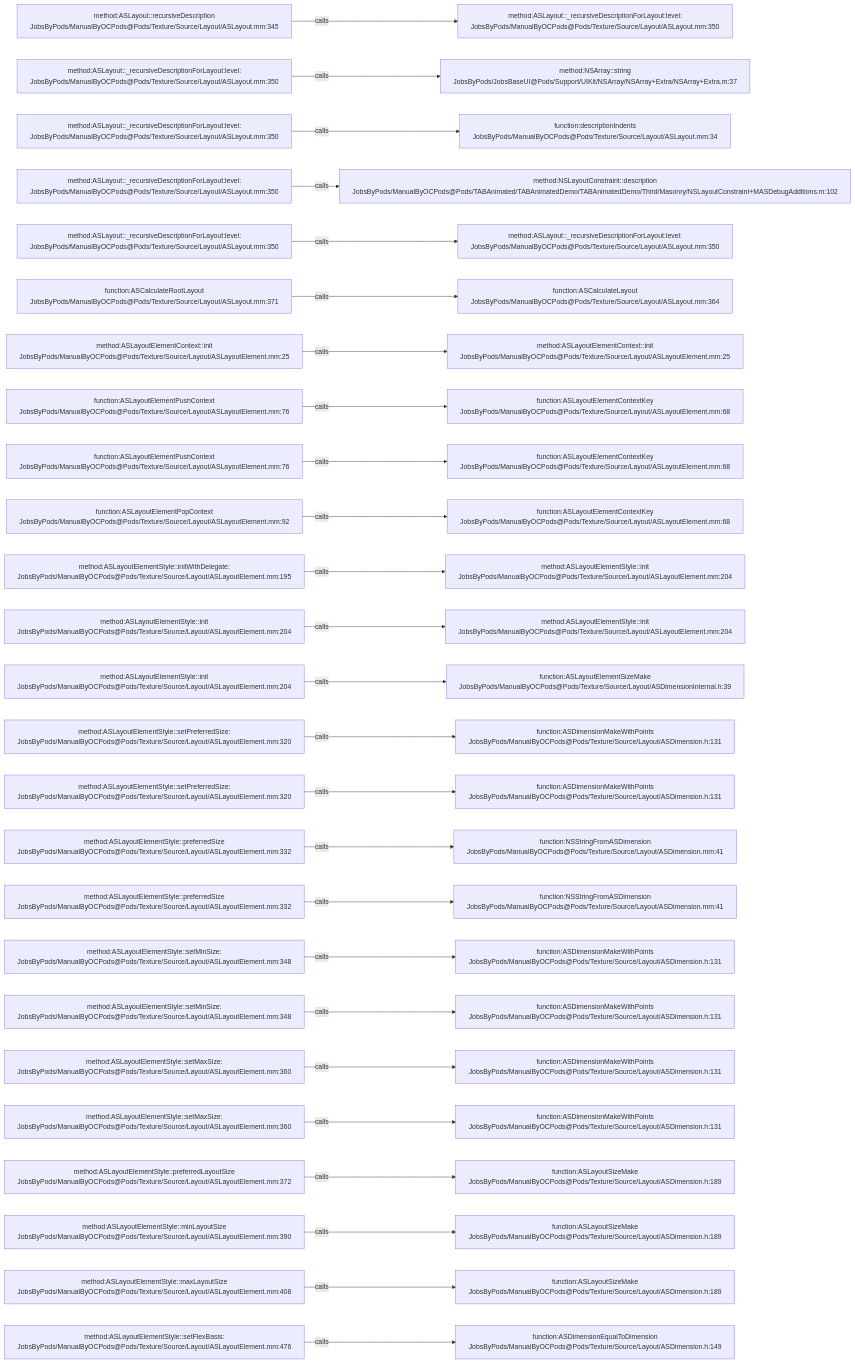
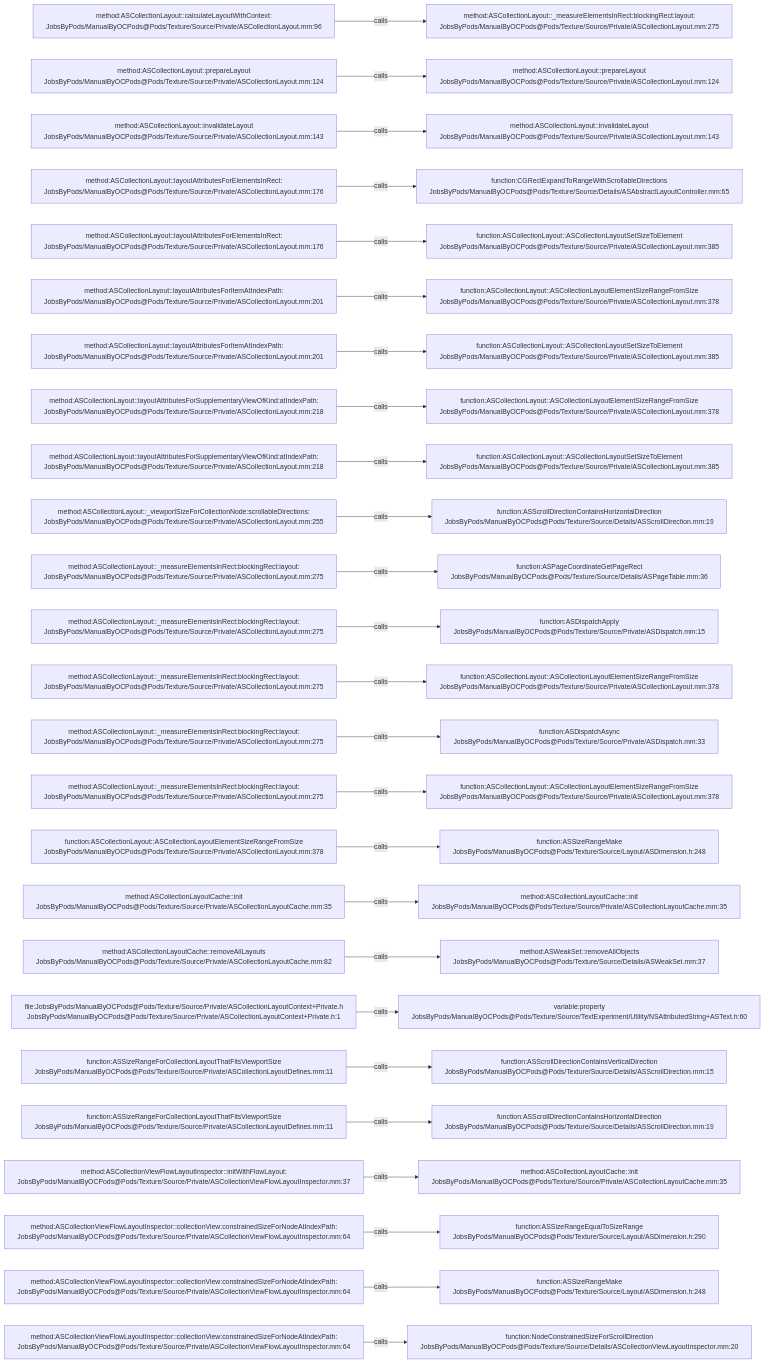
Before and after one commit to JobsKits/JobsOCBaseConfigDemo: the diagram in .codegraph/codegraph.md/graphs/calls-187.md, drawn with Mermaid. The commit also changed 1223 other files, not shown here.

````diff
--- a/.codegraph/codegraph.md/graphs/calls-187.md
+++ b/.codegraph/codegraph.md/graphs/calls-187.md
@@ -13,78 +13,78 @@
 ```mermaid
 flowchart LR
-  S1["method:ASLayout::recursiveDescription<br/>JobsByPods/ManualByOCPods@Pods/Texture/Source/Layout/ASLayout.mm:345"]
-  T1["method:ASLayout::_recursiveDescriptionForLayout:level:<br/>JobsByPods/ManualByOCPods@Pods/Texture/Source/Layout/ASLayout.mm:350"]
+  S1["method:ASCollectionLayout::calculateLayoutWithContext:<br/>JobsByPods/ManualByOCPods@Pods/Texture/Source/Private/ASCollectionLayout.mm:96"]
+  T1["method:ASCollectionLayout::_measureElementsInRect:blockingRect:layout:<br/>JobsByPods/ManualByOCPods@Pods/Texture/Source/Private/ASCollectionLayout.mm:275"]
   S1 -->|calls| T1
-  S2["method:ASLayout::_recursiveDescriptionForLayout:level:<br/>JobsByPods/ManualByOCPods@Pods/Texture/Source/Layout/ASLayout.mm:350"]
-  T2["method:NSArray::string<br/>JobsByPods/JobsBaseUI@Pods/Support/UIKit/NSArray/NSArray+Extra/NSArray+Extra.m:37"]
+  S2["method:ASCollectionLayout::prepareLayout<br/>JobsByPods/ManualByOCPods@Pods/Texture/Source/Private/ASCollectionLayout.mm:124"]
+  T2["method:ASCollectionLayout::prepareLayout<br/>JobsByPods/ManualByOCPods@Pods/Texture/Source/Private/ASCollectionLayout.mm:124"]
   S2 -->|calls| T2
-  S3["method:ASLayout::_recursiveDescriptionForLayout:level:<br/>JobsByPods/ManualByOCPods@Pods/Texture/Source/Layout/ASLayout.mm:350"]
-  T3["function:descriptionIndents<br/>JobsByPods/ManualByOCPods@Pods/Texture/Source/Layout/ASLayout.mm:34"]
+  S3["method:ASCollectionLayout::invalidateLayout<br/>JobsByPods/ManualByOCPods@Pods/Texture/Source/Private/ASCollectionLayout.mm:143"]
+  T3["method:ASCollectionLayout::invalidateLayout<br/>JobsByPods/ManualByOCPods@Pods/Texture/Source/Private/ASCollectionLayout.mm:143"]
   S3 -->|calls| T3
-  S4["method:ASLayout::_recursiveDescriptionForLayout:level:<br/>JobsByPods/ManualByOCPods@Pods/Texture/Source/Layout/ASLayout.mm:350"]
-  T4["method:NSLayoutConstraint::description<br/>JobsByPods/ManualByOCPods@Pods/TABAnimated/TABAnimatedDemo/TABAnimatedDemo/Third/Masonry/NSLayoutConstraint+MASDebugAdditions.m:102"]
+  S4["method:ASCollectionLayout::layoutAttributesForElementsInRect:<br/>JobsByPods/ManualByOCPods@Pods/Texture/Source/Private/ASCollectionLayout.mm:176"]
+  T4["function:CGRectExpandToRangeWithScrollableDirections<br/>JobsByPods/ManualByOCPods@Pods/Texture/Source/Details/ASAbstractLayoutController.mm:65"]
   S4 -->|calls| T4
-  S5["method:ASLayout::_recursiveDescriptionForLayout:level:<br/>JobsByPods/ManualByOCPods@Pods/Texture/Source/Layout/ASLayout.mm:350"]
-  T5["method:ASLayout::_recursiveDescriptionForLayout:level:<br/>JobsByPods/ManualByOCPods@Pods/Texture/Source/Layout/ASLayout.mm:350"]
+  S5["method:ASCollectionLayout::layoutAttributesForElementsInRect:<br/>JobsByPods/ManualByOCPods@Pods/Texture/Source/Private/ASCollectionLayout.mm:176"]
+  T5["function:ASCollectionLayout::ASCollectionLayoutSetSizeToElement<br/>JobsByPods/ManualByOCPods@Pods/Texture/Source/Private/ASCollectionLayout.mm:385"]
   S5 -->|calls| T5
-  S6["function:ASCalculateRootLayout<br/>JobsByPods/ManualByOCPods@Pods/Texture/Source/Layout/ASLayout.mm:371"]
-  T6["function:ASCalculateLayout<br/>JobsByPods/ManualByOCPods@Pods/Texture/Source/Layout/ASLayout.mm:364"]
+  S6["method:ASCollectionLayout::layoutAttributesForItemAtIndexPath:<br/>JobsByPods/ManualByOCPods@Pods/Texture/Source/Private/ASCollectionLayout.mm:201"]
+  T6["function:ASCollectionLayout::ASCollectionLayoutElementSizeRangeFromSize<br/>JobsByPods/ManualByOCPods@Pods/Texture/Source/Private/ASCollectionLayout.mm:378"]
   S6 -->|calls| T6
-  S7["method:ASLayoutElementContext::init<br/>JobsByPods/ManualByOCPods@Pods/Texture/Source/Layout/ASLayoutElement.mm:25"]
-  T7["method:ASLayoutElementContext::init<br/>JobsByPods/ManualByOCPods@Pods/Texture/Source/Layout/ASLayoutElement.mm:25"]
+  S7["method:ASCollectionLayout::layoutAttributesForItemAtIndexPath:<br/>JobsByPods/ManualByOCPods@Pods/Texture/Source/Private/ASCollectionLayout.mm:201"]
+  T7["function:ASCollectionLayout::ASCollectionLayoutSetSizeToElement<br/>JobsByPods/ManualByOCPods@Pods/Texture/Source/Private/ASCollectionLayout.mm:385"]
   S7 -->|calls| T7
-  S8["function:ASLayoutElementPushContext<br/>JobsByPods/ManualByOCPods@Pods/Texture/Source/Layout/ASLayoutElement.mm:76"]
-  T8["function:ASLayoutElementContextKey<br/>JobsByPods/ManualByOCPods@Pods/Texture/Source/Layout/ASLayoutElement.mm:68"]
+  S8["method:ASCollectionLayout::layoutAttributesForSupplementaryViewOfKind:atIndexPath:<br/>JobsByPods/ManualByOCPods@Pods/Texture/Source/Private/ASCollectionLayout.mm:218"]
+  T8["function:ASCollectionLayout::ASCollectionLayoutElementSizeRangeFromSize<br/>JobsByPods/ManualByOCPods@Pods/Texture/Source/Private/ASCollectionLayout.mm:378"]
   S8 -->|calls| T8
-  S9["function:ASLayoutElementPushContext<br/>JobsByPods/ManualByOCPods@Pods/Texture/Source/Layout/ASLayoutElement.mm:76"]
-  T9["function:ASLayoutElementContextKey<br/>JobsByPods/ManualByOCPods@Pods/Texture/Source/Layout/ASLayoutElement.mm:68"]
+  S9["method:ASCollectionLayout::layoutAttributesForSupplementaryViewOfKind:atIndexPath:<br/>JobsByPods/ManualByOCPods@Pods/Texture/Source/Private/ASCollectionLayout.mm:218"]
+  T9["function:ASCollectionLayout::ASCollectionLayoutSetSizeToElement<br/>JobsByPods/ManualByOCPods@Pods/Texture/Source/Private/ASCollectionLayout.mm:385"]
   S9 -->|calls| T9
-  S10["function:ASLayoutElementPopContext<br/>JobsByPods/ManualByOCPods@Pods/Texture/Source/Layout/ASLayoutElement.mm:92"]
-  T10["function:ASLayoutElementContextKey<br/>JobsByPods/ManualByOCPods@Pods/Texture/Source/Layout/ASLayoutElement.mm:68"]
+  S10["method:ASCollectionLayout::_viewportSizeForCollectionNode:scrollableDirections:<br/>JobsByPods/ManualByOCPods@Pods/Texture/Source/Private/ASCollectionLayout.mm:255"]
+  T10["function:ASScrollDirectionContainsHorizontalDirection<br/>JobsByPods/ManualByOCPods@Pods/Texture/Source/Details/ASScrollDirection.mm:19"]
   S10 -->|calls| T10
-  S11["method:ASLayoutElementStyle::initWithDelegate:<br/>JobsByPods/ManualByOCPods@Pods/Texture/Source/Layout/ASLayoutElement.mm:195"]
-  T11["method:ASLayoutElementStyle::init<br/>JobsByPods/ManualByOCPods@Pods/Texture/Source/Layout/ASLayoutElement.mm:204"]
+  S11["method:ASCollectionLayout::_measureElementsInRect:blockingRect:layout:<br/>JobsByPods/ManualByOCPods@Pods/Texture/Source/Private/ASCollectionLayout.mm:275"]
+  T11["function:ASPageCoordinateGetPageRect<br/>JobsByPods/ManualByOCPods@Pods/Texture/Source/Details/ASPageTable.mm:36"]
   S11 -->|calls| T11
-  S12["method:ASLayoutElementStyle::init<br/>JobsByPods/ManualByOCPods@Pods/Texture/Source/Layout/ASLayoutElement.mm:204"]
-  T12["method:ASLayoutElementStyle::init<br/>JobsByPods/ManualByOCPods@Pods/Texture/Source/Layout/ASLayoutElement.mm:204"]
+  S12["method:ASCollectionLayout::_measureElementsInRect:blockingRect:layout:<br/>JobsByPods/ManualByOCPods@Pods/Texture/Source/Private/ASCollectionLayout.mm:275"]
+  T12["function:ASDispatchApply<br/>JobsByPods/ManualByOCPods@Pods/Texture/Source/Private/ASDispatch.mm:15"]
   S12 -->|calls| T12
-  S13["method:ASLayoutElementStyle::init<br/>JobsByPods/ManualByOCPods@Pods/Texture/Source/Layout/ASLayoutElement.mm:204"]
-  T13["function:ASLayoutElementSizeMake<br/>JobsByPods/ManualByOCPods@Pods/Texture/Source/Layout/ASDimensionInternal.h:39"]
+  S13["method:ASCollectionLayout::_measureElementsInRect:blockingRect:layout:<br/>JobsByPods/ManualByOCPods@Pods/Texture/Source/Private/ASCollectionLayout.mm:275"]
+  T13["function:ASCollectionLayout::ASCollectionLayoutElementSizeRangeFromSize<br/>JobsByPods/ManualByOCPods@Pods/Texture/Source/Private/ASCollectionLayout.mm:378"]
   S13 -->|calls| T13
-  S14["method:ASLayoutElementStyle::setPreferredSize:<br/>JobsByPods/ManualByOCPods@Pods/Texture/Source/Layout/ASLayoutElement.mm:320"]
-  T14["function:ASDimensionMakeWithPoints<br/>JobsByPods/ManualByOCPods@Pods/Texture/Source/Layout/ASDimension.h:131"]
+  S14["method:ASCollectionLayout::_measureElementsInRect:blockingRect:layout:<br/>JobsByPods/ManualByOCPods@Pods/Texture/Source/Private/ASCollectionLayout.mm:275"]
+  T14["function:ASDispatchAsync<br/>JobsByPods/ManualByOCPods@Pods/Texture/Source/Private/ASDispatch.mm:33"]
   S14 -->|calls| T14
-  S15["method:ASLayoutElementStyle::setPreferredSize:<br/>JobsByPods/ManualByOCPods@Pods/Texture/Source/Layout/ASLayoutElement.mm:320"]
-  T15["function:ASDimensionMakeWithPoints<br/>JobsByPods/ManualByOCPods@Pods/Texture/Source/Layout/ASDimension.h:131"]
+  S15["method:ASCollectionLayout::_measureElementsInRect:blockingRect:layout:<br/>JobsByPods/ManualByOCPods@Pods/Texture/Source/Private/ASCollectionLayout.mm:275"]
+  T15["function:ASCollectionLayout::ASCollectionLayoutElementSizeRangeFromSize<br/>JobsByPods/ManualByOCPods@Pods/Texture/Source/Private/ASCollectionLayout.mm:378"]
   S15 -->|calls| T15
-  S16["method:ASLayoutElementStyle::preferredSize<br/>JobsByPods/ManualByOCPods@Pods/Texture/Source/Layout/ASLayoutElement.mm:332"]
-  T16["function:NSStringFromASDimension<br/>JobsByPods/ManualByOCPods@Pods/Texture/Source/Layout/ASDimension.mm:41"]
+  S16["function:ASCollectionLayout::ASCollectionLayoutElementSizeRangeFromSize<br/>JobsByPods/ManualByOCPods@Pods/Texture/Source/Private/ASCollectionLayout.mm:378"]
+  T16["function:ASSizeRangeMake<br/>JobsByPods/ManualByOCPods@Pods/Texture/Source/Layout/ASDimension.h:248"]
   S16 -->|calls| T16
-  S17["method:ASLayoutElementStyle::preferredSize<br/>JobsByPods/ManualByOCPods@Pods/Texture/Source/Layout/ASLayoutElement.mm:332"]
-  T17["function:NSStringFromASDimension<br/>JobsByPods/ManualByOCPods@Pods/Texture/Source/Layout/ASDimension.mm:41"]
+  S17["method:ASCollectionLayoutCache::init<br/>JobsByPods/ManualByOCPods@Pods/Texture/Source/Private/ASCollectionLayoutCache.mm:35"]
+  T17["method:ASCollectionLayoutCache::init<br/>JobsByPods/ManualByOCPods@Pods/Texture/Source/Private/ASCollectionLayoutCache.mm:35"]
   S17 -->|calls| T17
-  S18["method:ASLayoutElementStyle::setMinSize:<br/>JobsByPods/ManualByOCPods@Pods/Texture/Source/Layout/ASLayoutElement.mm:348"]
-  T18["function:ASDimensionMakeWithPoints<br/>JobsByPods/ManualByOCPods@Pods/Texture/Source/Layout/ASDimension.h:131"]
+  S18["method:ASCollectionLayoutCache::removeAllLayouts<br/>JobsByPods/ManualByOCPods@Pods/Texture/Source/Private/ASCollectionLayoutCache.mm:82"]
+  T18["method:ASWeakSet::removeAllObjects<br/>JobsByPods/ManualByOCPods@Pods/Texture/Source/Details/ASWeakSet.mm:37"]
   S18 -->|calls| T18
-  S19["method:ASLayoutElementStyle::setMinSize:<br/>JobsByPods/ManualByOCPods@Pods/Texture/Source/Layout/ASLayoutElement.mm:348"]
-  T19["function:ASDimensionMakeWithPoints<br/>JobsByPods/ManualByOCPods@Pods/Texture/Source/Layout/ASDimension.h:131"]
+  S19["file:JobsByPods/ManualByOCPods@Pods/Texture/Source/Private/ASCollectionLayoutContext+Private.h<br/>JobsByPods/ManualByOCPods@Pods/Texture/Source/Private/ASCollectionLayoutContext+Private.h:1"]
+  T19["variable:property<br/>JobsByPods/ManualByOCPods@Pods/Texture/Source/TextExperiment/Utility/NSAttributedString+ASText.h:60"]
   S19 -->|calls| T19
-  S20["method:ASLayoutElementStyle::setMaxSize:<br/>JobsByPods/ManualByOCPods@Pods/Texture/Source/Layout/ASLayoutElement.mm:360"]
-  T20["function:ASDimensionMakeWithPoints<br/>JobsByPods/ManualByOCPods@Pods/Texture/Source/Layout/ASDimension.h:131"]
+  S20["function:ASSizeRangeForCollectionLayoutThatFitsViewportSize<br/>JobsByPods/ManualByOCPods@Pods/Texture/Source/Private/ASCollectionLayoutDefines.mm:11"]
+  T20["function:ASScrollDirectionContainsVerticalDirection<br/>JobsByPods/ManualByOCPods@Pods/Texture/Source/Details/ASScrollDirection.mm:15"]
   S20 -->|calls| T20
-  S21["method:ASLayoutElementStyle::setMaxSize:<br/>JobsByPods/ManualByOCPods@Pods/Texture/Source/Layout/ASLayoutElement.mm:360"]
-  T21["function:ASDimensionMakeWithPoints<br/>JobsByPods/ManualByOCPods@Pods/Texture/Source/Layout/ASDimension.h:131"]
+  S21["function:ASSizeRangeForCollectionLayoutThatFitsViewportSize<br/>JobsByPods/ManualByOCPods@Pods/Texture/Source/Private/ASCollectionLayoutDefines.mm:11"]
+  T21["function:ASScrollDirectionContainsHorizontalDirection<br/>JobsByPods/ManualByOCPods@Pods/Texture/Source/Details/ASScrollDirection.mm:19"]
   S21 -->|calls| T21
-  S22["method:ASLayoutElementStyle::preferredLayoutSize<br/>JobsByPods/ManualByOCPods@Pods/Texture/Source/Layout/ASLayoutElement.mm:372"]
-  T22["function:ASLayoutSizeMake<br/>JobsByPods/ManualByOCPods@Pods/Texture/Source/Layout/ASDimension.h:189"]
+  S22["method:ASCollectionViewFlowLayoutInspector::initWithFlowLayout:<br/>JobsByPods/ManualByOCPods@Pods/Texture/Source/Private/ASCollectionViewFlowLayoutInspector.mm:37"]
+  T22["method:ASCollectionLayoutCache::init<br/>JobsByPods/ManualByOCPods@Pods/Texture/Source/Private/ASCollectionLayoutCache.mm:35"]
   S22 -->|calls| T22
-  S23["method:ASLayoutElementStyle::minLayoutSize<br/>JobsByPods/ManualByOCPods@Pods/Texture/Source/Layout/ASLayoutElement.mm:390"]
-  T23["function:ASLayoutSizeMake<br/>JobsByPods/ManualByOCPods@Pods/Texture/Source/Layout/ASDimension.h:189"]
+  S23["method:ASCollectionViewFlowLayoutInspector::collectionView:constrainedSizeForNodeAtIndexPath:<br/>JobsByPods/ManualByOCPods@Pods/Texture/Source/Private/ASCollectionViewFlowLayoutInspector.mm:64"]
+  T23["function:ASSizeRangeEqualToSizeRange<br/>JobsByPods/ManualByOCPods@Pods/Texture/Source/Layout/ASDimension.h:290"]
   S23 -->|calls| T23
-  S24["method:ASLayoutElementStyle::maxLayoutSize<br/>JobsByPods/ManualByOCPods@Pods/Texture/Source/Layout/ASLayoutElement.mm:408"]
-  T24["function:ASLayoutSizeMake<br/>JobsByPods/ManualByOCPods@Pods/Texture/Source/Layout/ASDimension.h:189"]
+  S24["method:ASCollectionViewFlowLayoutInspector::collectionView:constrainedSizeForNodeAtIndexPath:<br/>JobsByPods/ManualByOCPods@Pods/Texture/Source/Private/ASCollectionViewFlowLayoutInspector.mm:64"]
+  T24["function:ASSizeRangeMake<br/>JobsByPods/ManualByOCPods@Pods/Texture/Source/Layout/ASDimension.h:248"]
   S24 -->|calls| T24
-  S25["method:ASLayoutElementStyle::setFlexBasis:<br/>JobsByPods/ManualByOCPods@Pods/Texture/Source/Layout/ASLayoutElement.mm:476"]
-  T25["function:ASDimensionEqualToDimension<br/>JobsByPods/ManualByOCPods@Pods/Texture/Source/Layout/ASDimension.h:149"]
+  S25["method:ASCollectionViewFlowLayoutInspector::collectionView:constrainedSizeForNodeAtIndexPath:<br/>JobsByPods/ManualByOCPods@Pods/Texture/Source/Private/ASCollectionViewFlowLayoutInspector.mm:64"]
+  T25["function:NodeConstrainedSizeForScrollDirection<br/>JobsByPods/ManualByOCPods@Pods/Texture/Source/Details/ASCollectionViewLayoutInspector.mm:20"]
   S25 -->|calls| T25
 ```
````
